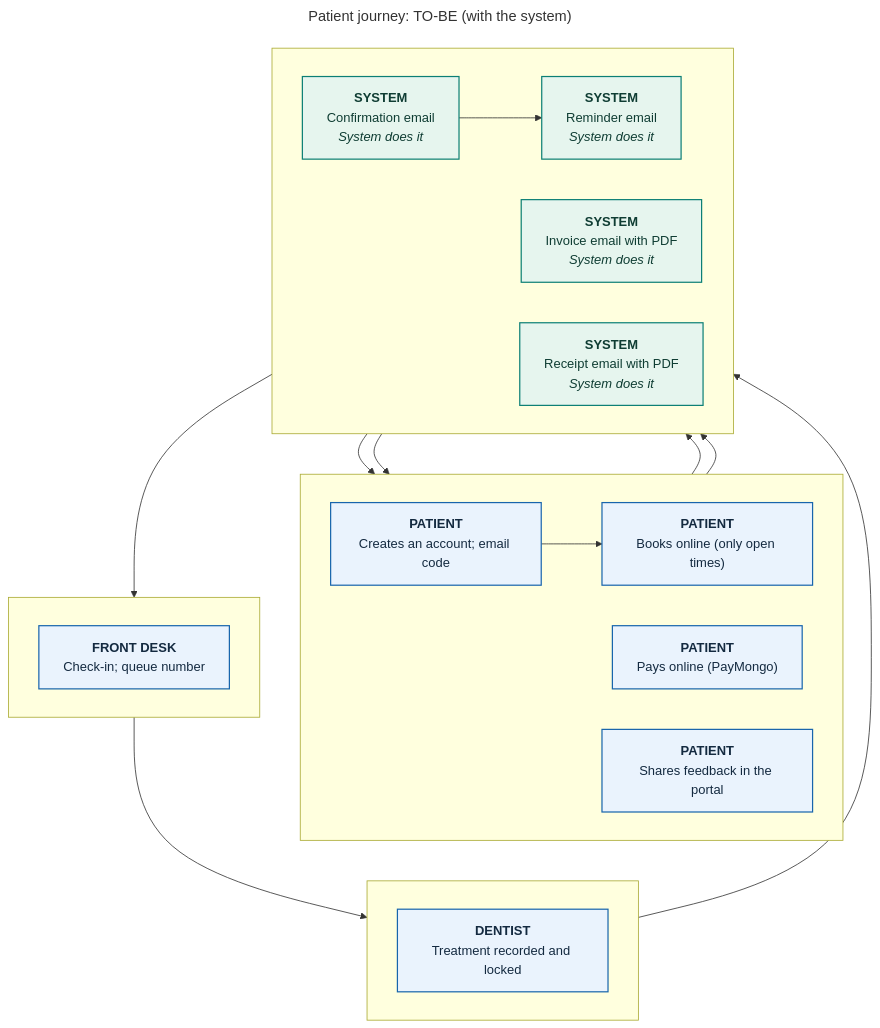
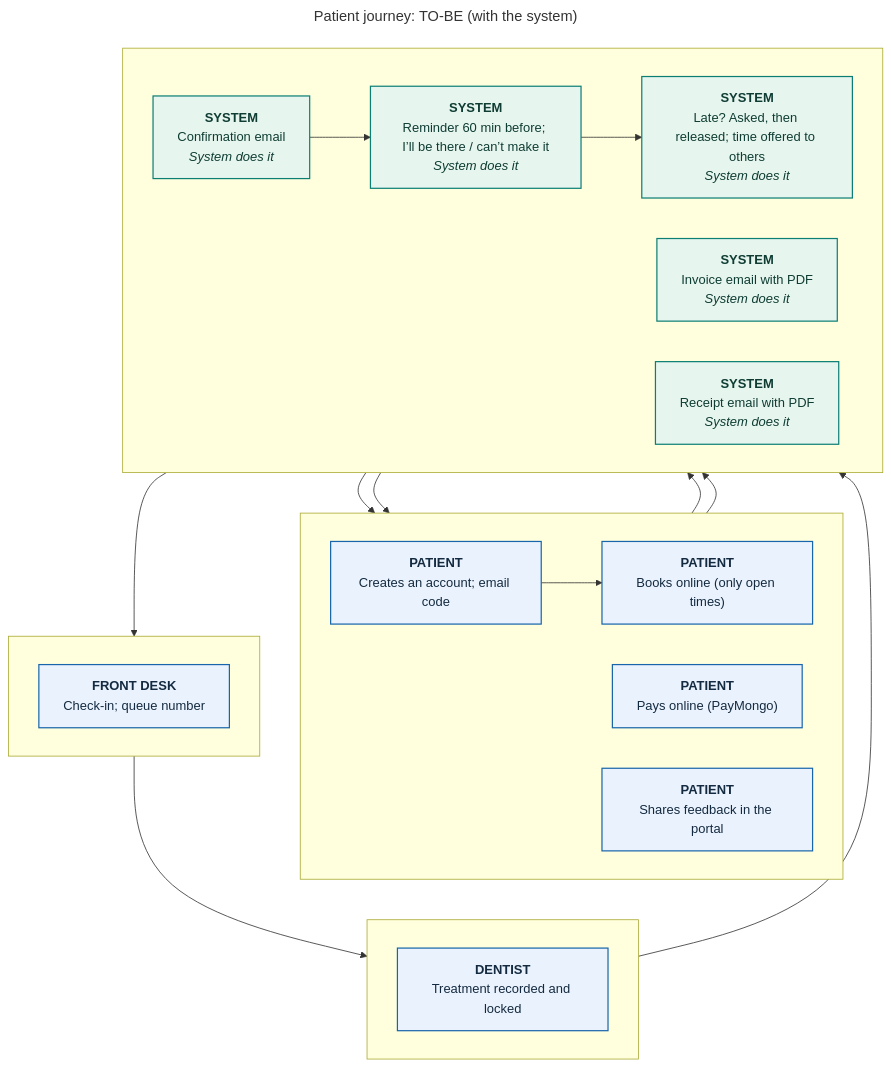
Before and after one commit to 0phem/multibranch-dental-clinic: the diagram in docs/defense/diagrams/overview-to-be.mmd, drawn with Mermaid. The commit also changed 111 other files, not shown here.

```diff
--- a/docs/defense/diagrams/overview-to-be.mmd
+++ b/docs/defense/diagrams/overview-to-be.mmd
@@ -1,41 +1,43 @@
 ---
 title: "Patient journey: TO-BE (with the system)"
 ---
 flowchart TB
     subgraph L0[" "]
     direction LR
       S0["<b>PATIENT</b><br/>Creates an account; email code"]:::manual
       S1["<b>PATIENT</b><br/>Books online (only open times)"]:::manual
-      S7["<b>PATIENT</b><br/>Pays online (PayMongo)"]:::manual
-      S9["<b>PATIENT</b><br/>Shares feedback in the portal"]:::manual
+      S8["<b>PATIENT</b><br/>Pays online (PayMongo)"]:::manual
+      S10["<b>PATIENT</b><br/>Shares feedback in the portal"]:::manual
     end
     subgraph L1[" "]
     direction LR
-      S4["<b>FRONT DESK</b><br/>Check-in; queue number"]:::manual
+      S5["<b>FRONT DESK</b><br/>Check-in; queue number"]:::manual
     end
     subgraph L2[" "]
     direction LR
-      S5["<b>DENTIST</b><br/>Treatment recorded and locked"]:::manual
+      S6["<b>DENTIST</b><br/>Treatment recorded and locked"]:::manual
     end
     subgraph L4[" "]
     direction LR
       S2["<b>SYSTEM</b><br/>Confirmation email<br/><i>System does it</i>"]:::auto
-      S3["<b>SYSTEM</b><br/>Reminder email<br/><i>System does it</i>"]:::auto
-      S6["<b>SYSTEM</b><br/>Invoice email with PDF<br/><i>System does it</i>"]:::auto
-      S8["<b>SYSTEM</b><br/>Receipt email with PDF<br/><i>System does it</i>"]:::auto
+      S3["<b>SYSTEM</b><br/>Reminder 60 min before; I’ll be there / can’t make it<br/><i>System does it</i>"]:::auto
+      S4["<b>SYSTEM</b><br/>Late? Asked, then released; time offered to others<br/><i>System does it</i>"]:::auto
+      S7["<b>SYSTEM</b><br/>Invoice email with PDF<br/><i>System does it</i>"]:::auto
+      S9["<b>SYSTEM</b><br/>Receipt email with PDF<br/><i>System does it</i>"]:::auto
     end
     S0 --> S1
     S1 --> S2
     S2 --> S3
     S3 --> S4
     S4 --> S5
     S5 --> S6
     S6 --> S7
     S7 --> S8
     S8 --> S9
+    S9 --> S10
     classDef cited fill:#eaf3fd,stroke:#1865ac,color:#142a40,stroke-width:1.5px
     classDef confirm fill:#fffaf0,stroke:#b26a00,color:#5e3c00,stroke-width:1.5px,stroke-dasharray:6 4
     classDef auto fill:#e6f5ee,stroke:#0c7f75,color:#0f3d33,stroke-width:1.5px
     classDef manual fill:#eaf3fd,stroke:#1865ac,color:#142a40,stroke-width:1.5px
     classDef mock fill:#f3f5f7,stroke:#5a6b7d,color:#3a4e63,stroke-width:1.5px,stroke-dasharray:3 3
     classDef planned fill:#ffffff,stroke:#5a6b7d,color:#3a4e63,stroke-width:1.5px,stroke-dasharray:6 4
```
